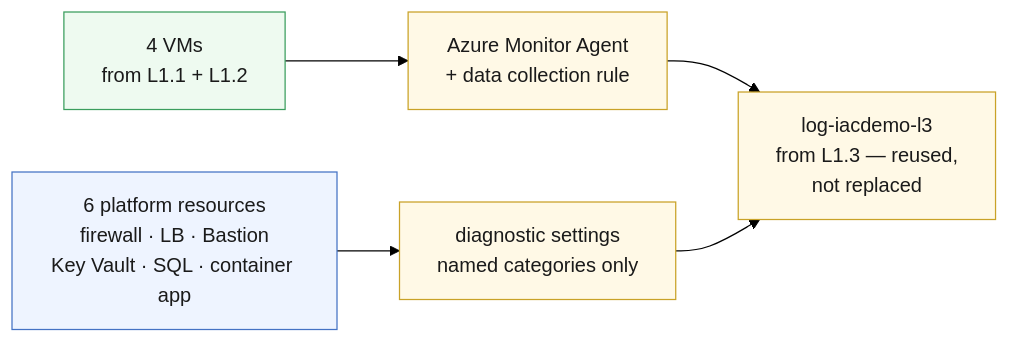
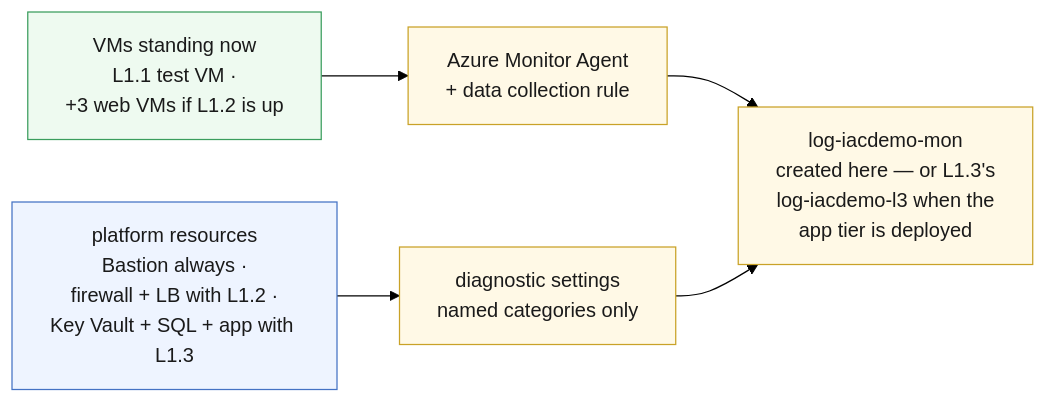
One commit to saulpatinojr/Demo-IaC_Demo_with_VSCode changed the diagram in docs/wiki/Curriculum-L2-1-Monitoring-Fundamentals.md. Above: the diagram before and after it, drawn with Mermaid (forest theme). The commit also changed other lines of this file and 9 other files, not shown here.

````diff
--- a/docs/wiki/Curriculum-L2-1-Monitoring-Fundamentals.md
+++ b/docs/wiki/Curriculum-L2-1-Monitoring-Fundamentals.md
@@ -34,18 +42,18 @@
 ```mermaid
 flowchart LR
-  VMS["4 VMs<br/>from L1.1 + L1.2"]
-  RES["6 platform resources<br/>firewall · LB · Bastion<br/>Key Vault · SQL · container app"]
+  VMS["VMs standing now<br/>L1.1 test VM ·<br/>+3 web VMs if L1.2 is up"]
+  RES["platform resources<br/>Bastion always ·<br/>firewall + LB with L1.2 ·<br/>Key Vault + SQL + app with L1.3"]
   AMA["Azure Monitor Agent<br/>+ data collection rule"]
   DIAG["diagnostic settings<br/>named categories only"]
-  WS["log-iacdemo-l3<br/>from L1.3 — reused,<br/>not replaced"]
+  WS["log-iacdemo-mon<br/>created here — or L1.3's<br/>log-iacdemo-l3 when the<br/>app tier is deployed"]
 
   VMS --> AMA --> WS
   RES --> DIAG --> WS
 
   classDef compute fill:#eefaf0,stroke:#3a9d5d,color:#1a1a1a
   classDef plat fill:#eef4ff,stroke:#4472c4,color:#1a1a1a
   classDef mon fill:#fff9e6,stroke:#c9a227,color:#1a1a1a
   class VMS compute
   class RES plat
   class AMA,DIAG,WS mon
 ```
````
